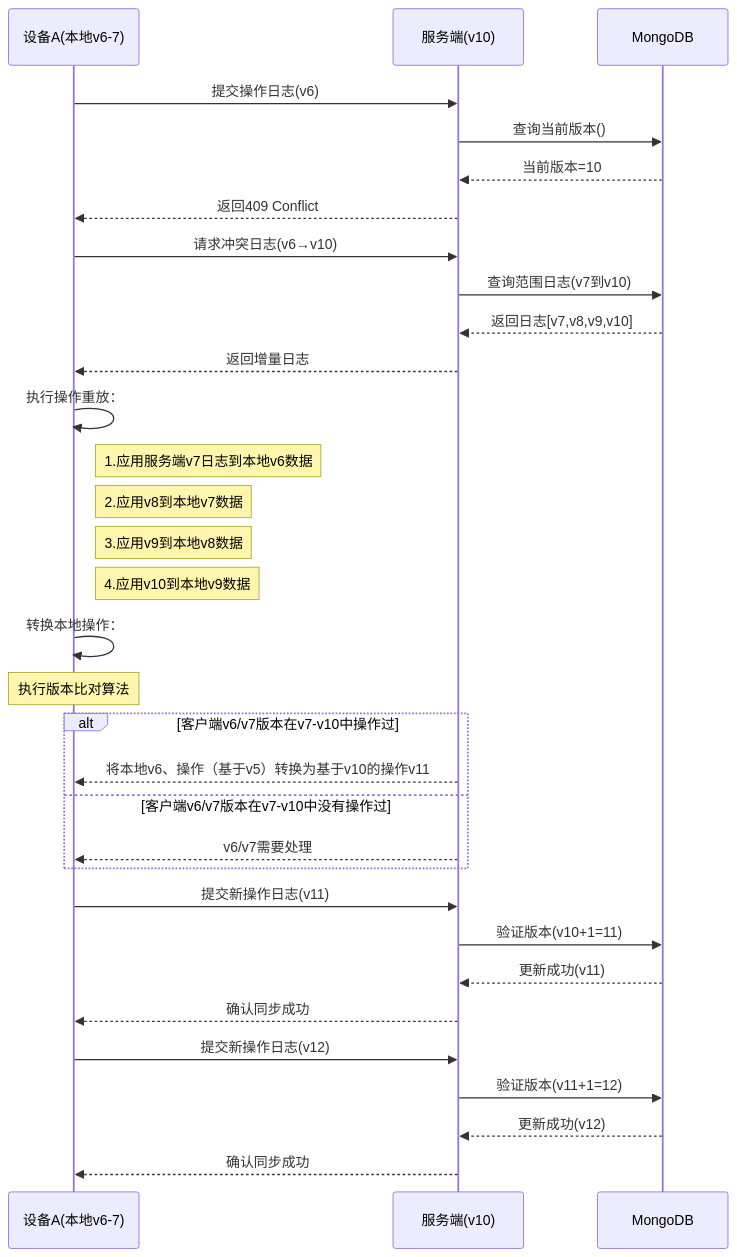
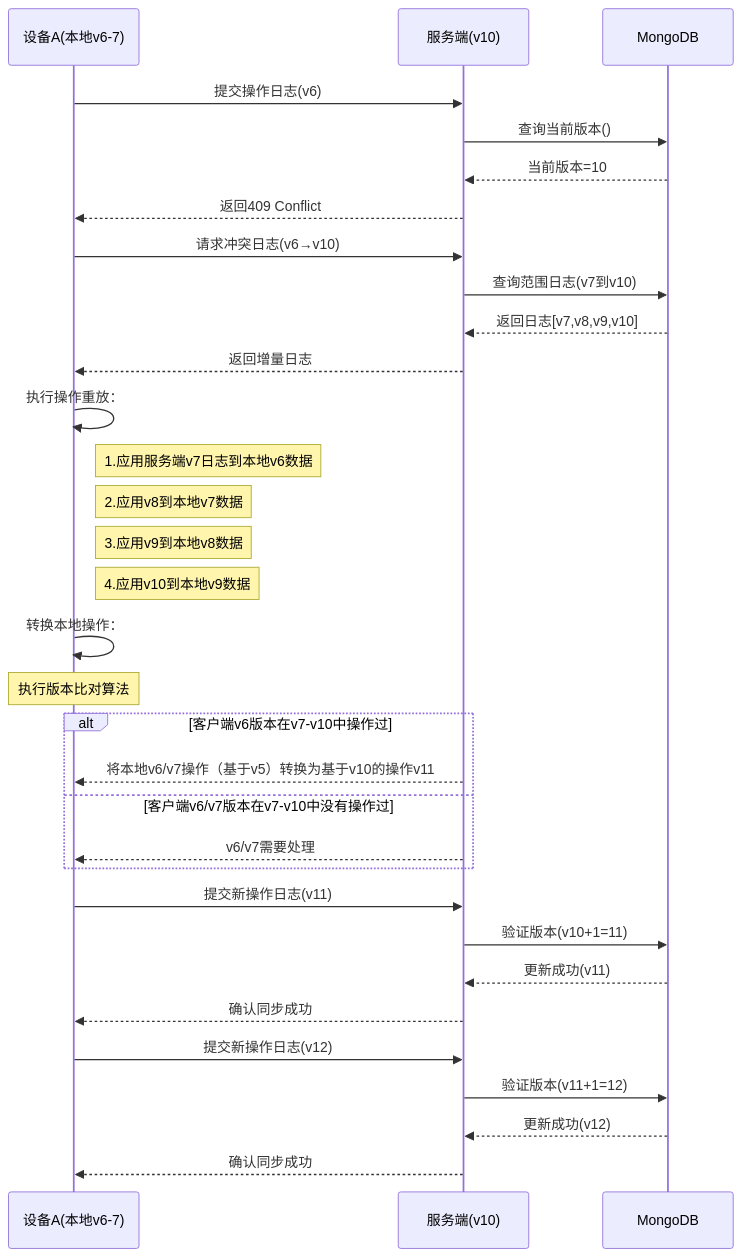
One commit to yingjianzh/iodraw-files changed the diagram in all/未命名-26.md. Above: the diagram before and after it, drawn with Mermaid.

Commit message:
2025-02-26 16:52:37 update

````diff
--- a/all/未命名-26.md
+++ b/all/未命名-26.md
@@ -1,46 +1,46 @@
 ```mermaid
 sequenceDiagram
     participant A as 设备A(本地v6-7)
     participant S as 服务端(v10)
     participant DB as MongoDB
 
     %% 初始同步尝试
     A->>S: 提交操作日志(v6)
     S->>DB: 查询当前版本()
     DB-->>S: 当前版本=10
     S-->>A: 返回409 Conflict
 
     %% 冲突解决阶段
     A->>S: 请求冲突日志(v6→v10)
     S->>DB: 查询范围日志(v7到v10)
     DB-->>S: 返回日志[v7,v8,v9,v10]
     S-->>A: 返回增量日志
 
 
     %% 本地数据重建
     A->>A: 执行操作重放：
     note right of A: 1.应用服务端v7日志到本地v6数据
     note right of A: 2.应用v8到本地v7数据
     note right of A: 3.应用v9到本地v8数据
     note right of A: 4.应用v10到本地v9数据
 
     %% 本地操作转换
     A->>A: 转换本地操作：
     Note over A: 执行版本比对算法
-    alt 客户端v6/v7版本在v7-v10中操作过
-        S-->>A: 将本地v6、操作（基于v5）转换为基于v10的操作v11
+    alt 客户端v6版本在v7-v10中操作过
+        S-->>A: 将本地v6/v7操作（基于v5）转换为基于v10的操作v11
     else 客户端v6/v7版本在v7-v10中没有操作过
         S-->>A: v6/v7需要处理
     end
 
     %% 重新提交
     A->>S: 提交新操作日志(v11)
     S->>DB: 验证版本(v10+1=11)
     DB-->>S: 更新成功(v11)
     S-->>A: 确认同步成功
 
     A->>S: 提交新操作日志(v12)
     S->>DB: 验证版本(v11+1=12)
     DB-->>S: 更新成功(v12)
     S-->>A: 确认同步成功
 ```
````
